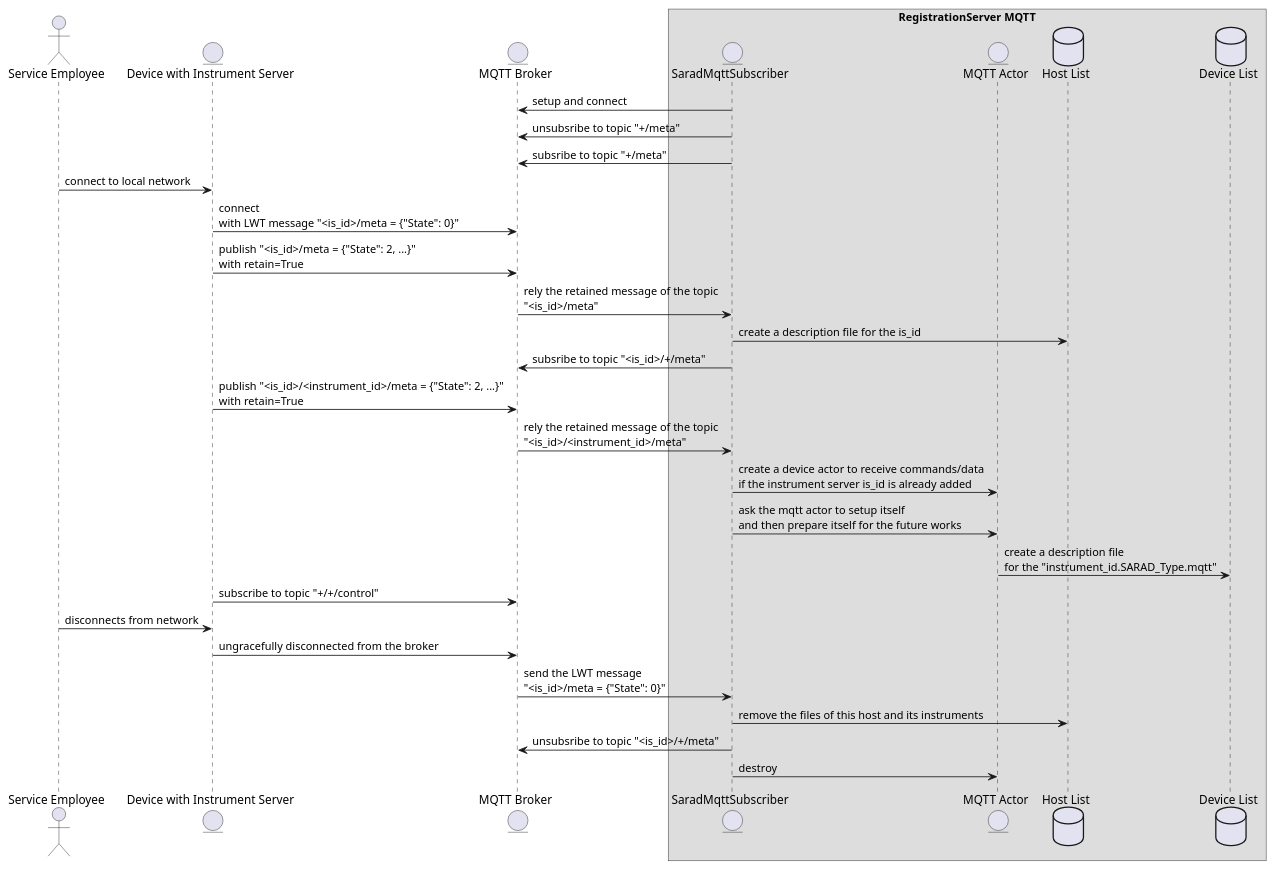
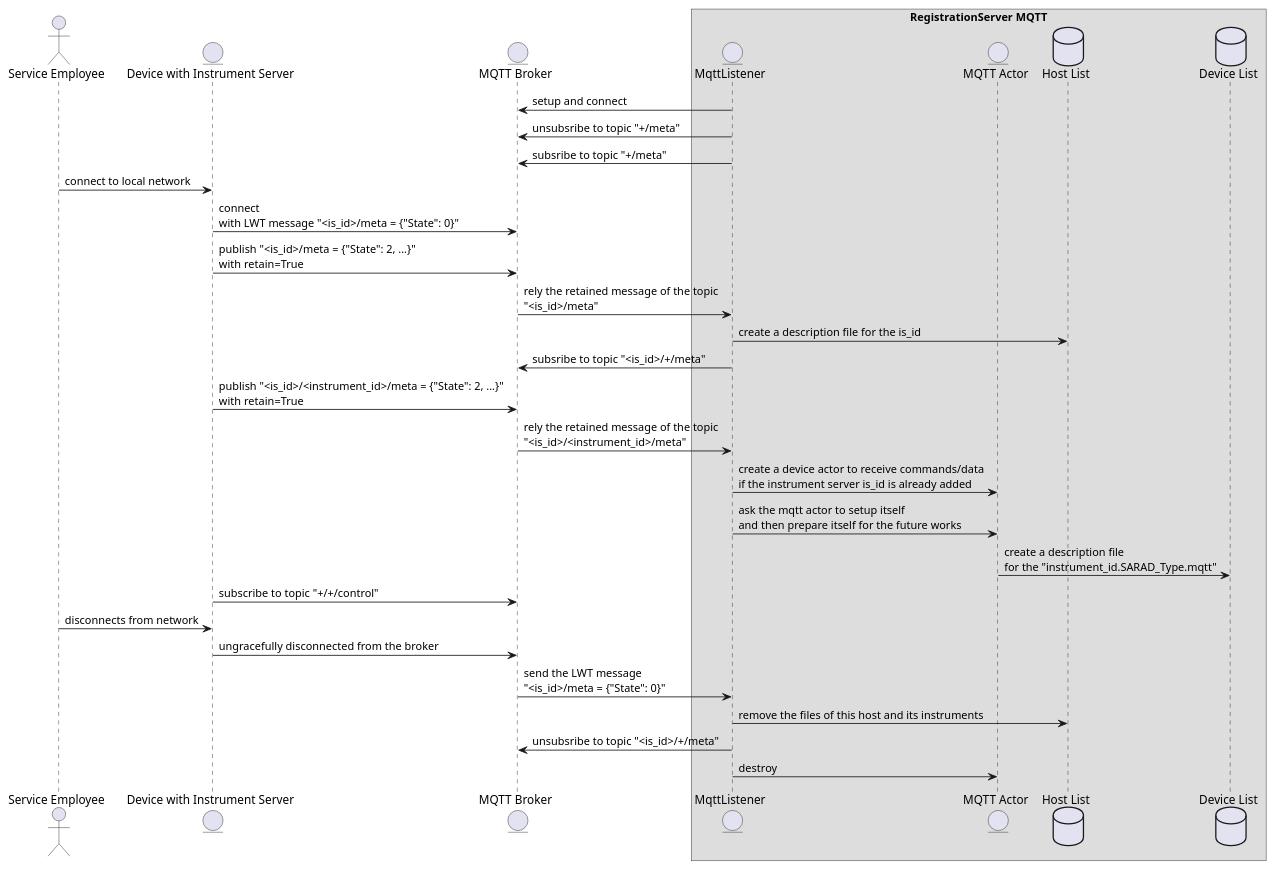
The diagram in doc/source/uml-mqtt_listener.puml (SARAD-GmbH/RegServer), drawn with PlantUML before and after one commit. The commit also changed 14 other files, not shown here.

Commit message:
!: debugging of new Mqtt base actor for RegServer

```diff
--- a/doc/source/uml-mqtt_listener.puml
+++ b/doc/source/uml-mqtt_listener.puml
@@ -1,32 +1,32 @@
 @startuml
 actor "Service Employee" as user
 entity "Device with Instrument Server" as is_mqtt
 entity "MQTT Broker" as broker
 box "RegistrationServer MQTT"
-entity "SaradMqttSubscriber" as subscriber
+entity "MqttListener" as listener
 entity "MQTT Actor" as mqtt_actor
 database "Host List" as h_list
 database "Device List" as d_list
 end box
-subscriber -> broker : setup and connect
-subscriber -> broker : unsubsribe to topic "+/meta"
-subscriber -> broker : subsribe to topic "+/meta"
+listener -> broker : setup and connect
+listener -> broker : unsubsribe to topic "+/meta"
+listener -> broker : subsribe to topic "+/meta"
 user -> is_mqtt : connect to local network
 is_mqtt -> broker : connect\nwith LWT message "<is_id>/meta = {"State": 0}"
 is_mqtt -> broker : publish "<is_id>/meta = {"State": 2, ...}"\nwith retain=True
-broker -> subscriber : rely the retained message of the topic\n"<is_id>/meta"
-subscriber -> h_list : create a description file for the is_id
-subscriber -> broker : subsribe to topic "<is_id>/+/meta"
+broker -> listener : rely the retained message of the topic\n"<is_id>/meta"
+listener -> h_list : create a description file for the is_id
+listener -> broker : subsribe to topic "<is_id>/+/meta"
 is_mqtt -> broker : publish "<is_id>/<instrument_id>/meta = {"State": 2, ...}"\nwith retain=True
-broker -> subscriber : rely the retained message of the topic\n"<is_id>/<instrument_id>/meta"
-subscriber -> mqtt_actor : create a device actor to receive commands/data\nif the instrument server is_id is already added
-subscriber -> mqtt_actor : ask the mqtt actor to setup itself\nand then prepare itself for the future works
+broker -> listener : rely the retained message of the topic\n"<is_id>/<instrument_id>/meta"
+listener -> mqtt_actor : create a device actor to receive commands/data\nif the instrument server is_id is already added
+listener -> mqtt_actor : ask the mqtt actor to setup itself\nand then prepare itself for the future works
 mqtt_actor -> d_list : create a description file\nfor the "instrument_id.SARAD_Type.mqtt"
 is_mqtt -> broker : subscribe to topic "+/+/control"
 user -> is_mqtt : disconnects from network
 is_mqtt -> broker : ungracefully disconnected from the broker
-broker -> subscriber : send the LWT message\n"<is_id>/meta = {"State": 0}"
-subscriber -> h_list : remove the files of this host and its instruments
-subscriber -> broker : unsubsribe to topic "<is_id>/+/meta"
-subscriber -> mqtt_actor: destroy
+broker -> listener : send the LWT message\n"<is_id>/meta = {"State": 0}"
+listener -> h_list : remove the files of this host and its instruments
+listener -> broker : unsubsribe to topic "<is_id>/+/meta"
+listener -> mqtt_actor: destroy
 @enduml
```
